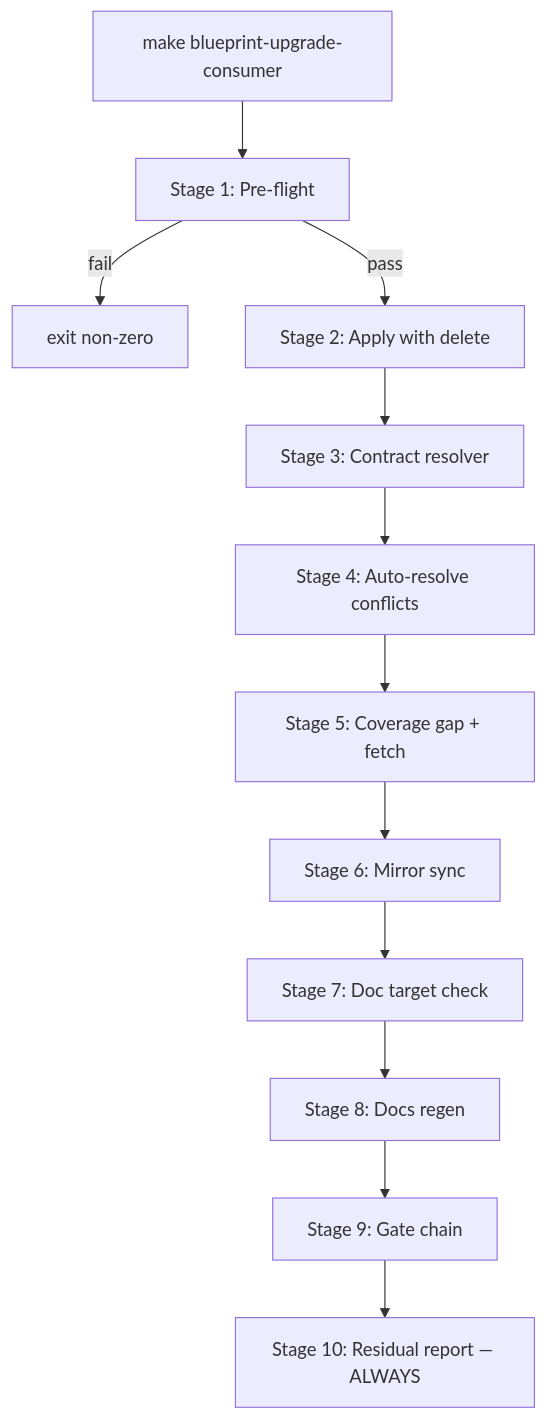
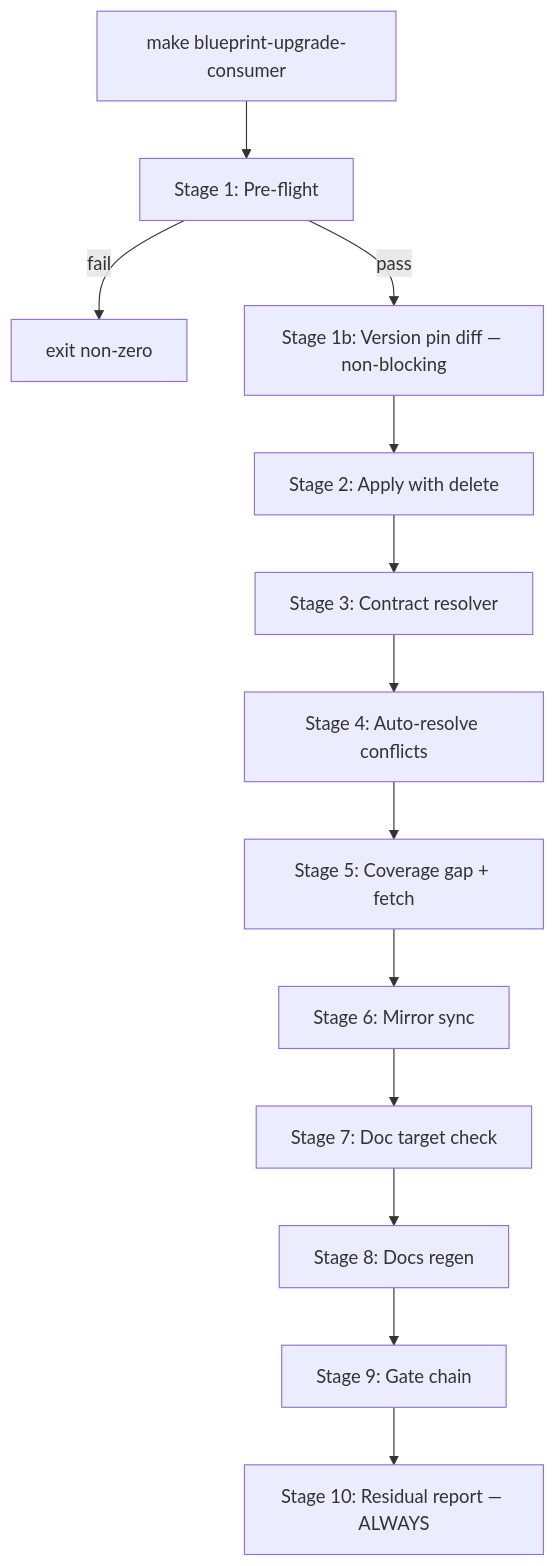
The diagram in docs/blueprint/architecture/decisions/ADR-20260425-scripted-upgrade-pipeline.md (sbonoc/stackit-platform-blueprint), drawn with Mermaid before and after one commit. The commit also changed other lines of this file, not shown here.

First line of the commit message:
docs(issue-164): update scripted pipeline ADR to include Stage 1b

````diff
--- a/docs/blueprint/architecture/decisions/ADR-20260425-scripted-upgrade-pipeline.md
+++ b/docs/blueprint/architecture/decisions/ADR-20260425-scripted-upgrade-pipeline.md
@@ -67,14 +69,15 @@
 ```mermaid
 flowchart TD
   A[make blueprint-upgrade-consumer] --> S1[Stage 1: Pre-flight]
   S1 -->|fail| ERR[exit non-zero]
-  S1 -->|pass| S2[Stage 2: Apply with delete]
+  S1 -->|pass| S1b[Stage 1b: Version pin diff — non-blocking]
+  S1b --> S2[Stage 2: Apply with delete]
   S2 --> S3[Stage 3: Contract resolver]
   S3 --> S4[Stage 4: Auto-resolve conflicts]
   S4 --> S5[Stage 5: Coverage gap + fetch]
   S5 --> S6[Stage 6: Mirror sync]
   S6 --> S7[Stage 7: Doc target check]
   S7 --> S8[Stage 8: Docs regen]
   S8 --> S9[Stage 9: Gate chain]
   S9 --> S10[Stage 10: Residual report — ALWAYS]
 ```
````
